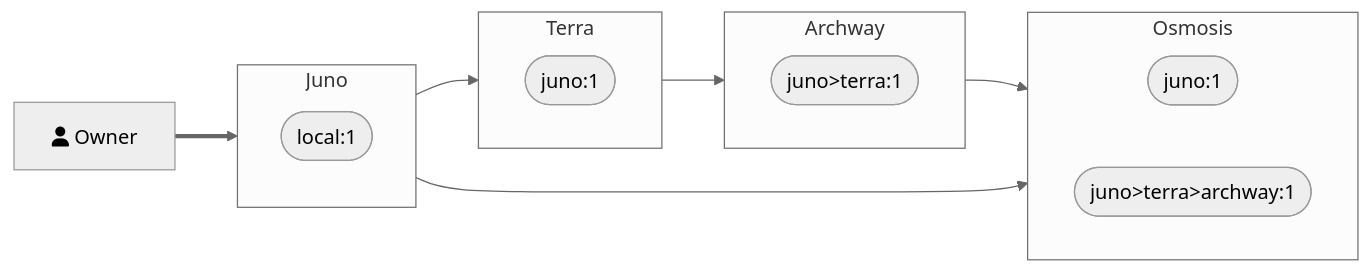
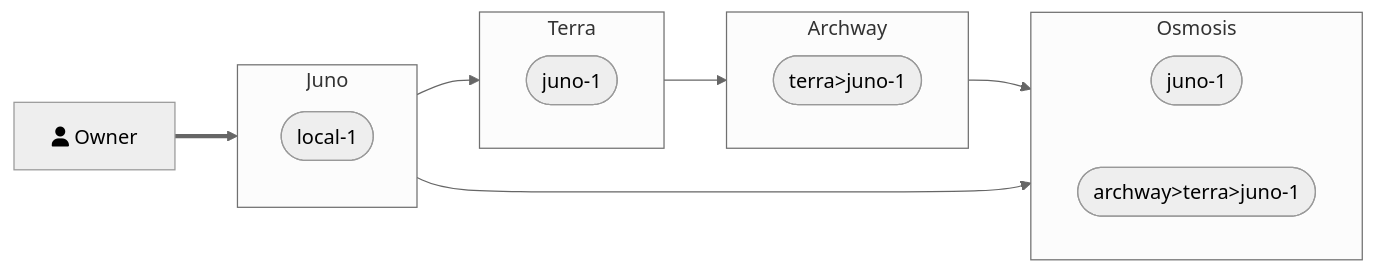
The third of 3 diagrams in framework/docs/src/3_framework/8_ibc.md (AbstractSDK/abstract), drawn with Mermaid (neutral theme) before and after one commit. The commit also changed 57 other files, not shown here.

````diff
--- a/framework/docs/src/3_framework/8_ibc.md
+++ b/framework/docs/src/3_framework/8_ibc.md
@@ -94,26 +94,26 @@
 ```mermaid
 flowchart LR
     subgraph Juno
         direction BT
-        Account([local:1])
+        Account([local-1])
     end
 
     subgraph Osmosis
         direction LR
-        Account --> ICAAOsmo([juno:1])
-        ICAAOsmo2([juno>terra>archway:1])
+        Account --> ICAAOsmo([juno-1])
+        ICAAOsmo2([archway>terra>juno-1])
     end
 
     subgraph Terra
         direction RL
-        Account --> ICAATerra([juno:1])
+        Account --> ICAATerra([juno-1])
     end
 
     subgraph Archway
         direction RL
-        ICAATerra --> ICAAArch([juno>terra:1])
+        ICAATerra --> ICAAArch([terra>juno-1])
         ICAAArch --> ICAAOsmo2
     end
 direction TB
 Owner[fa:fa-user Owner] ==> Account
 ```
````
